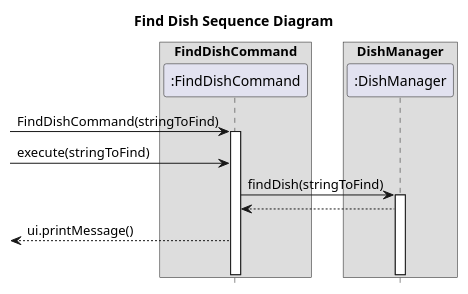
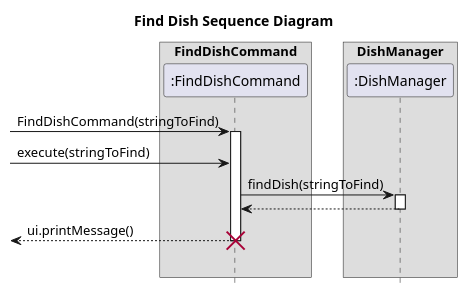
One commit to nus-cs2113-AY2223S2/tp changed the diagram in docs/uml/FindDishCommandSequenceDiagram.puml. Above: the diagram before and after it, drawn with PlantUML. The commit also changed 9 other files, not shown here.

First line of the commit message:
Add UML dish sequence diagrams to DG

```diff
--- a/docs/uml/FindDishCommandSequenceDiagram.puml
+++ b/docs/uml/FindDishCommandSequenceDiagram.puml
@@ -1,21 +1,22 @@
 @startuml
 hide footbox
 title Find Dish Sequence Diagram
 
 box "FindDishCommand"
 participant ":FindDishCommand" as FindDishCommand
 endbox
 
 box "DishManager"
 participant ":DishManager" as DishManager
 endbox
 
 -> FindDishCommand ++ : FindDishCommand(stringToFind)
 -> FindDishCommand: execute(stringToFind)
 FindDishCommand -> DishManager ++ : findDish(stringToFind)
-
 FindDishCommand <-- DishManager
+deactivate
 <-- FindDishCommand: ui.printMessage()
 
+destroy FindDishCommand
 |||
 @enduml
```
